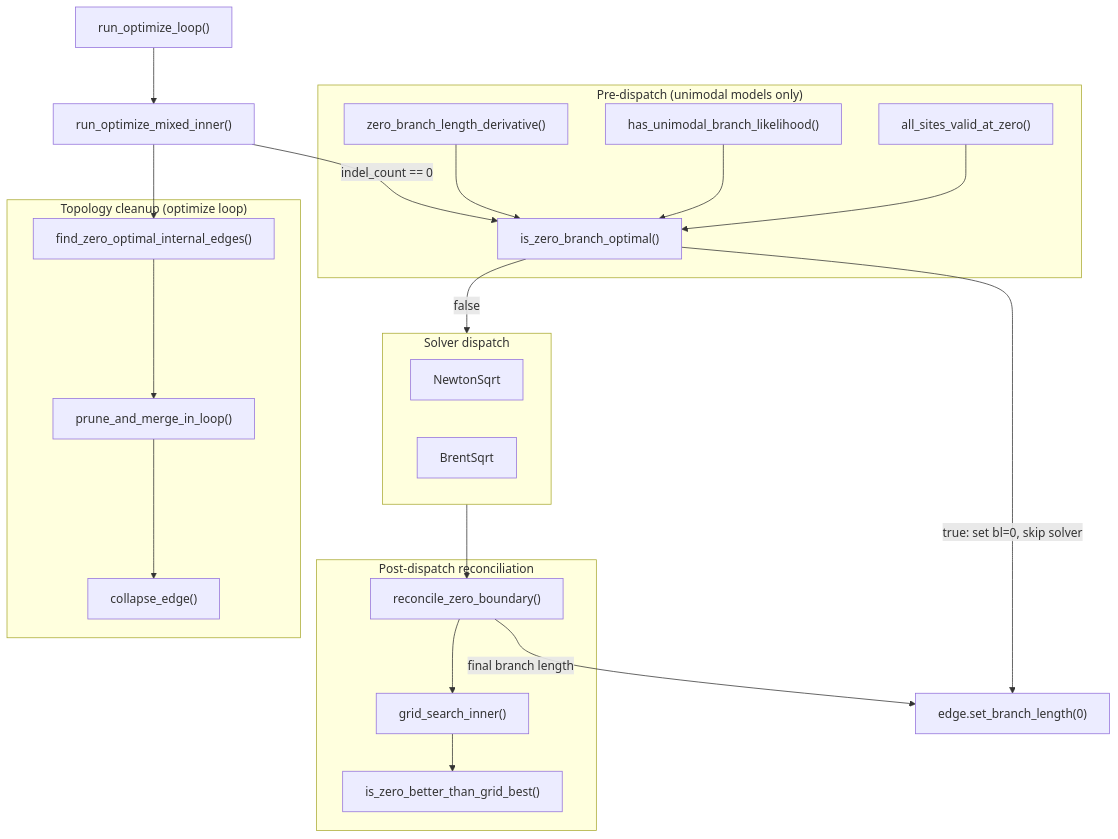
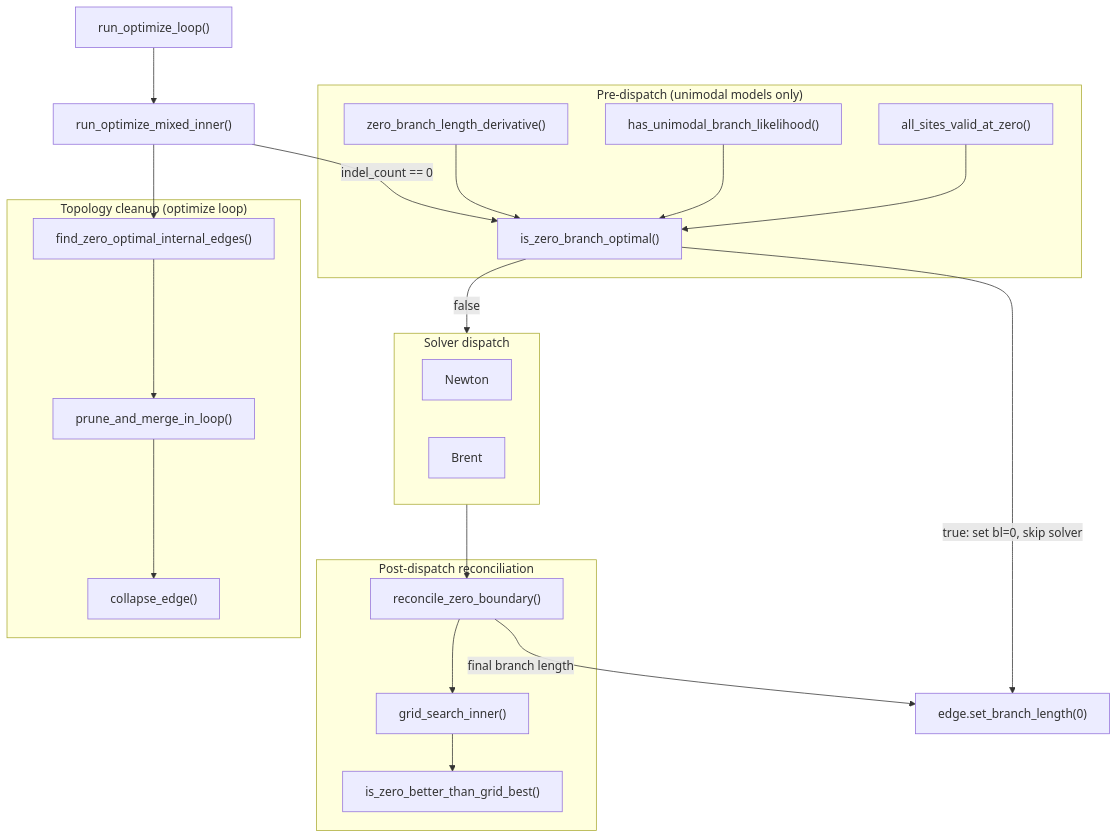
The diagram in kb/reports/zero-branch-length-optimization.md (neherlab/treetime), drawn with Mermaid before and after one commit. The commit also changed 42 other files, not shown here.

First line of the commit message:
refactor(optimize): rename opt-method values to brent and newton

````diff
--- a/kb/reports/zero-branch-length-optimization.md
+++ b/kb/reports/zero-branch-length-optimization.md
@@ -68,44 +68,44 @@
 ```mermaid
 graph TD
     subgraph pre ["Pre-dispatch (unimodal models only)"]
         valid["all_sites_valid_at_zero()"]
         unimodal["has_unimodal_branch_likelihood()"]
         deriv["zero_branch_length_derivative()"]
         is_zero["is_zero_branch_optimal()"]
         valid --> is_zero
         unimodal --> is_zero
         deriv --> is_zero
     end
 
     subgraph solver ["Solver dispatch"]
-        newton["NewtonSqrt"]
-        brent["BrentSqrt"]
+        newton["Newton"]
+        brent["Brent"]
     end
 
     subgraph post ["Post-dispatch reconciliation"]
         reconcile["reconcile_zero_boundary()"]
         grid["grid_search_inner()"]
         zero_better["is_zero_better_than_grid_best()"]
         reconcile --> grid
         grid --> zero_better
     end
 
     subgraph collapse ["Topology cleanup (optimize loop)"]
         find["find_zero_optimal_internal_edges()"]
         prune["prune_and_merge_in_loop()"]
         coll["collapse_edge()"]
         find --> prune
         prune --> coll
     end
 
     run["run_optimize_mixed_inner()"]
     run -->|"indel_count == 0"| is_zero
     is_zero -->|"true: set bl=0, skip solver"| done["edge.set_branch_length(0)"]
     is_zero -->|"false"| solver
     solver --> reconcile
     reconcile -->|"final branch length"| done
 
     loop["run_optimize_loop()"]
     loop --> run
     run --> find
 ```
````
